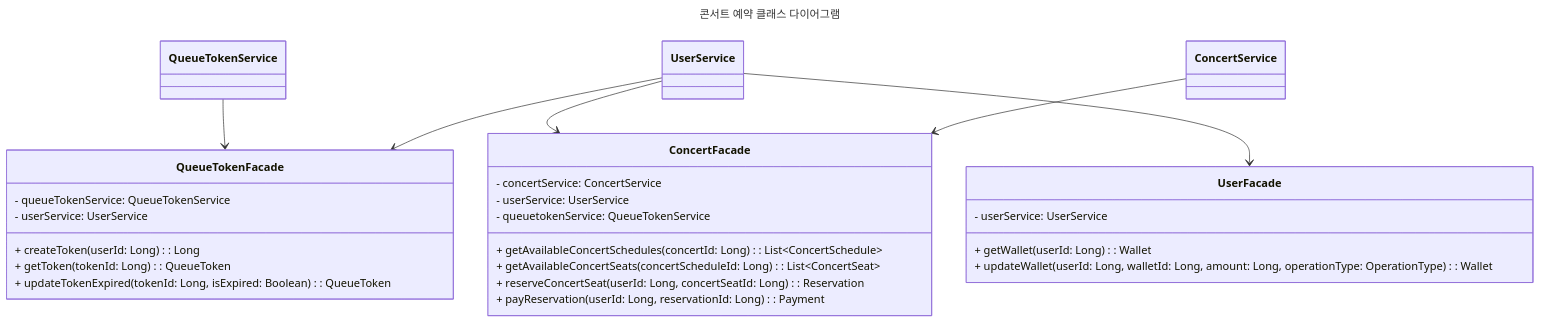
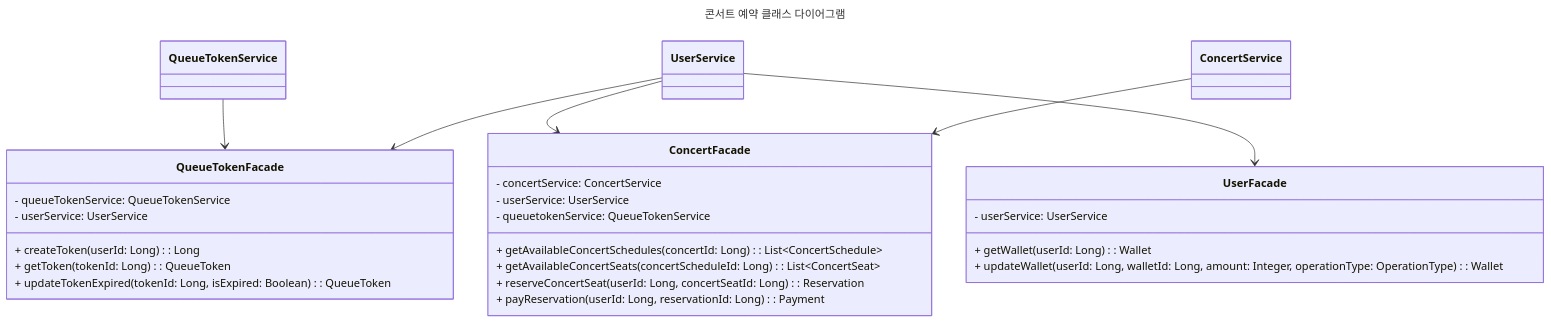
Before and after one commit to hhpb-code/hhplus-concert: the first of 4 diagrams in docs/CLASS_DIAGRAM.md, drawn with Mermaid. The commit also changed other lines of this file, not shown here.

Commit message:
chore: Wallet amount type Long -> Integer 수정

````diff
--- a/docs/CLASS_DIAGRAM.md
+++ b/docs/CLASS_DIAGRAM.md
@@ -9,36 +9,36 @@
 ```mermaid
 ---
 title: "콘서트 예약 클래스 다이어그램"
 ---
 
 classDiagram
     class UserFacade {
         - userService: UserService
         + getWallet(userId: Long): Wallet
-        + updateWallet(userId: Long, walletId: Long, amount: Long, operationType: OperationType): Wallet
+        + updateWallet(userId: Long, walletId: Long, amount: Integer, operationType: OperationType): Wallet
     }
 
     class QueueTokenFacade {
         - queueTokenService: QueueTokenService
         - userService: UserService
         + createToken(userId: Long): Long
         + getToken(tokenId: Long): QueueToken
         + updateTokenExpired(tokenId: Long, isExpired: Boolean): QueueToken
     }
 
     class ConcertFacade {
         - concertService: ConcertService
         - userService: UserService
         - queuetokenService: QueueTokenService
         + getAvailableConcertSchedules(concertId: Long): List~ConcertSchedule~
         + getAvailableConcertSeats(concertScheduleId: Long): List~ConcertSeat~
         + reserveConcertSeat(userId: Long, concertSeatId: Long): Reservation
         + payReservation(userId: Long, reservationId: Long): Payment
     }
 
     QueueTokenService --> QueueTokenFacade
     UserService --> ConcertFacade
     UserService --> QueueTokenFacade
     UserService --> UserFacade
     ConcertService --> ConcertFacade
 ```
````
